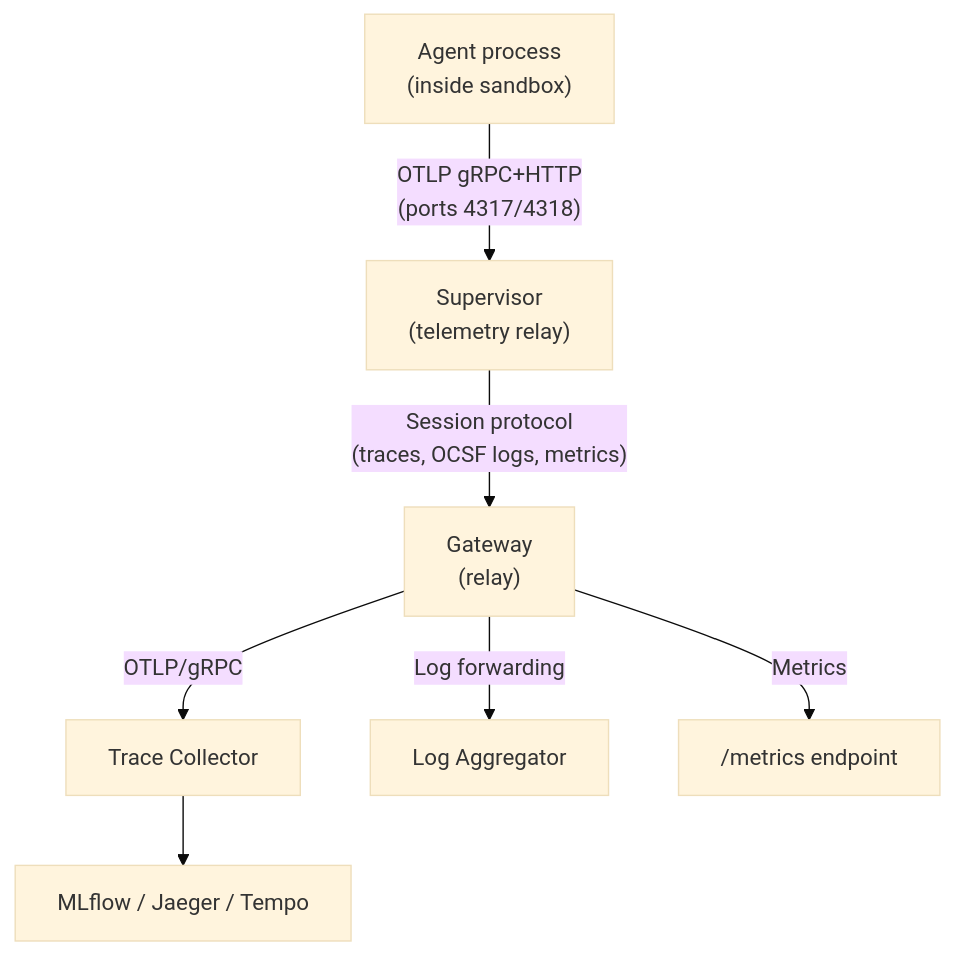
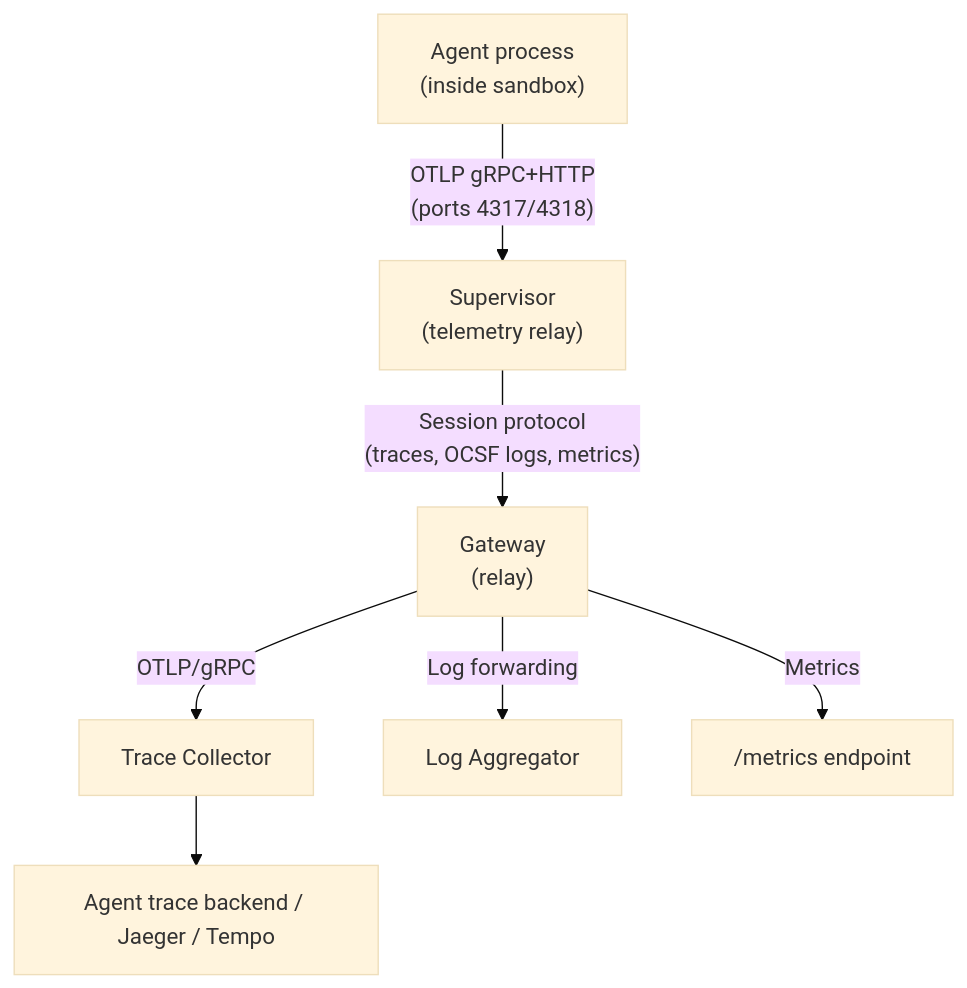
One commit to NVIDIA/OpenShell changed the first of 2 diagrams in rfc/0012-observability-architecture/README.md. Above: the diagram before and after it, drawn with Mermaid (base theme). The commit also changed other lines of this file, not shown here.

First line of the commit message:
docs(rfc): present MLflow as one example, add Langfuse as alternative

````diff
--- a/rfc/0012-observability-architecture/README.md
+++ b/rfc/0012-observability-architecture/README.md
@@ -99,9 +99,9 @@
 ```mermaid
 graph TD
     A["Agent process<br/>(inside sandbox)"] -->|"OTLP gRPC+HTTP<br/>(ports 4317/4318)"| B["Supervisor<br/>(telemetry relay)"]
     B -->|"Session protocol<br/>(traces, OCSF logs, metrics)"| C["Gateway<br/>(relay)"]
     C -->|"OTLP/gRPC"| D["Trace Collector"]
     C -->|"Log forwarding"| F["Log Aggregator"]
     C -->|"Metrics"| G["/metrics endpoint"]
-    D --> E["MLflow / Jaeger / Tempo"]
+    D --> E["Agent trace backend / Jaeger / Tempo"]
 ```
````
